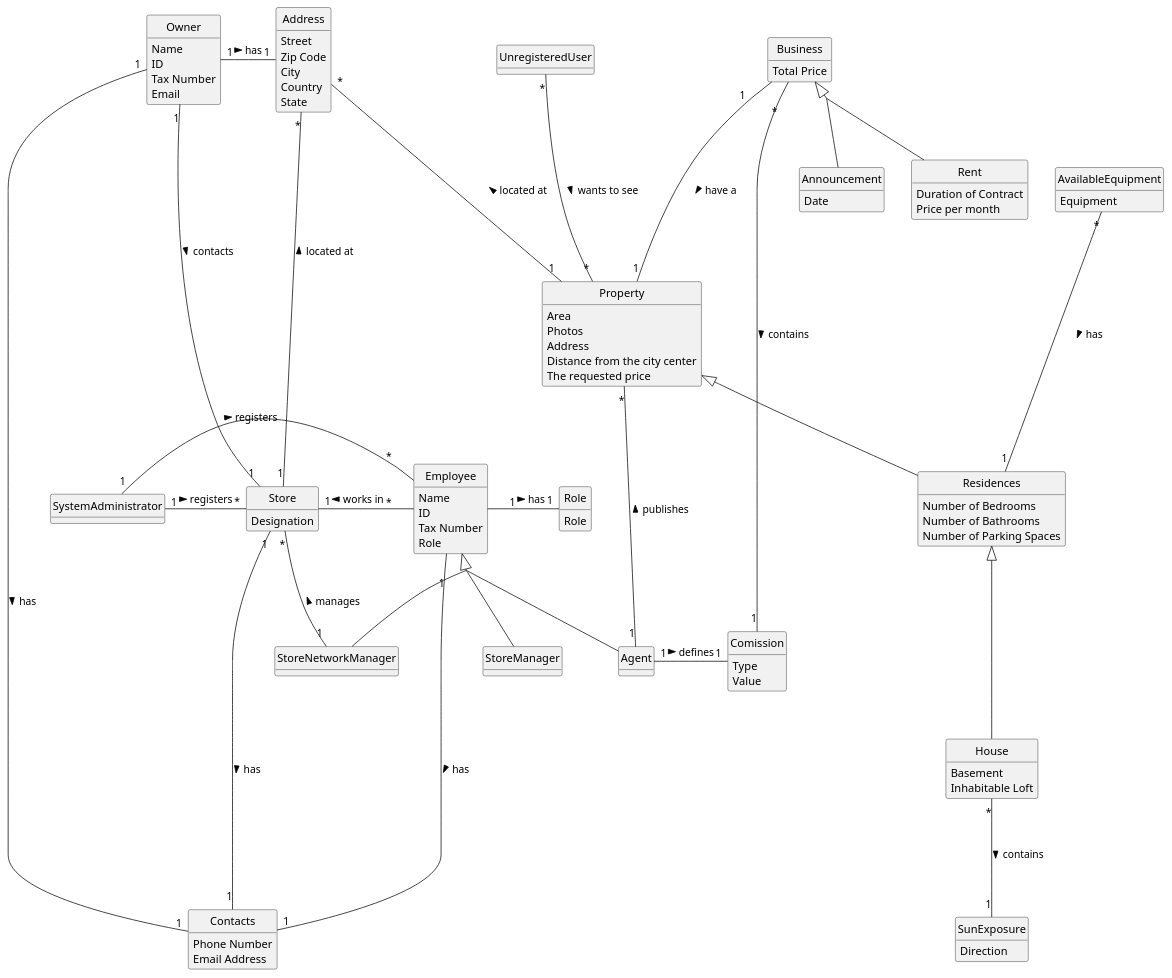
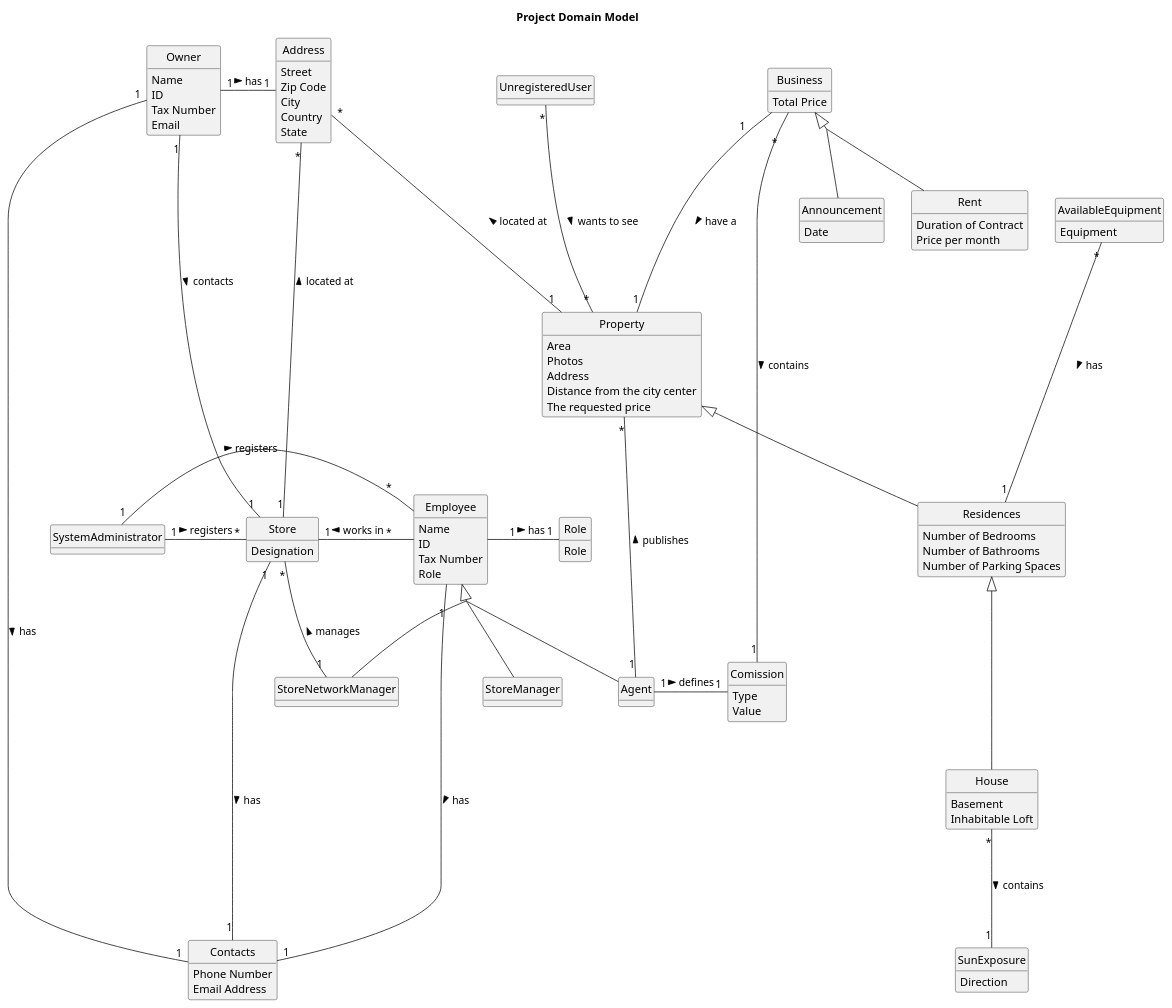
One commit to PureNimble/ISEP-LAPR2 changed the diagram in docs/sprintA/global-artifacts/02.analysis/puml/project-domain-model.puml. Above: the diagram before and after it, drawn with PlantUML.

Commit message:
Adding title Project Domain Model into the puml code of domain model

```diff
--- a/docs/sprintA/global-artifacts/02.analysis/puml/project-domain-model.puml
+++ b/docs/sprintA/global-artifacts/02.analysis/puml/project-domain-model.puml
@@ -11,6 +11,7 @@
 hide circle
 hide methods
 
+title Project Domain Model
 
 
 class Address
```
